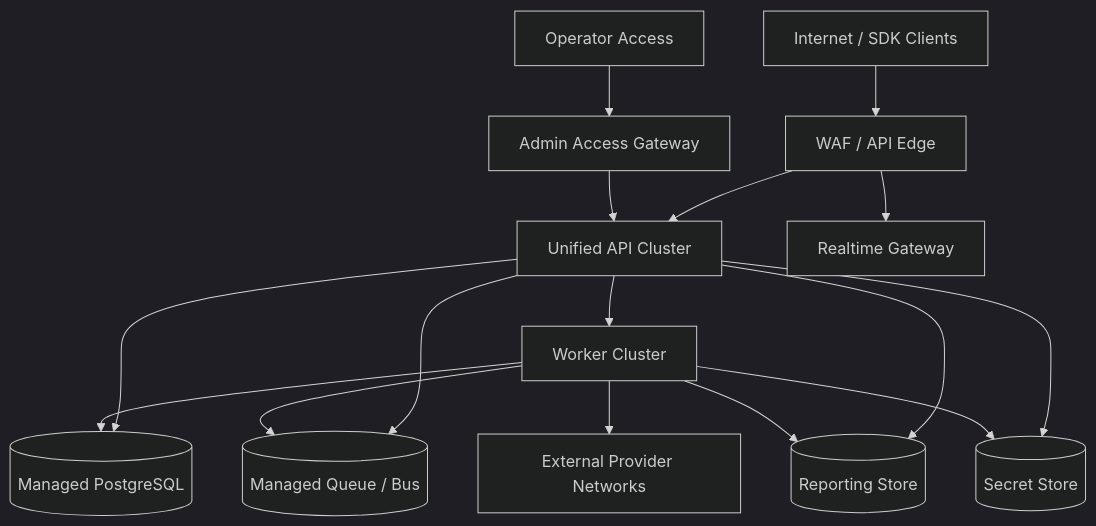
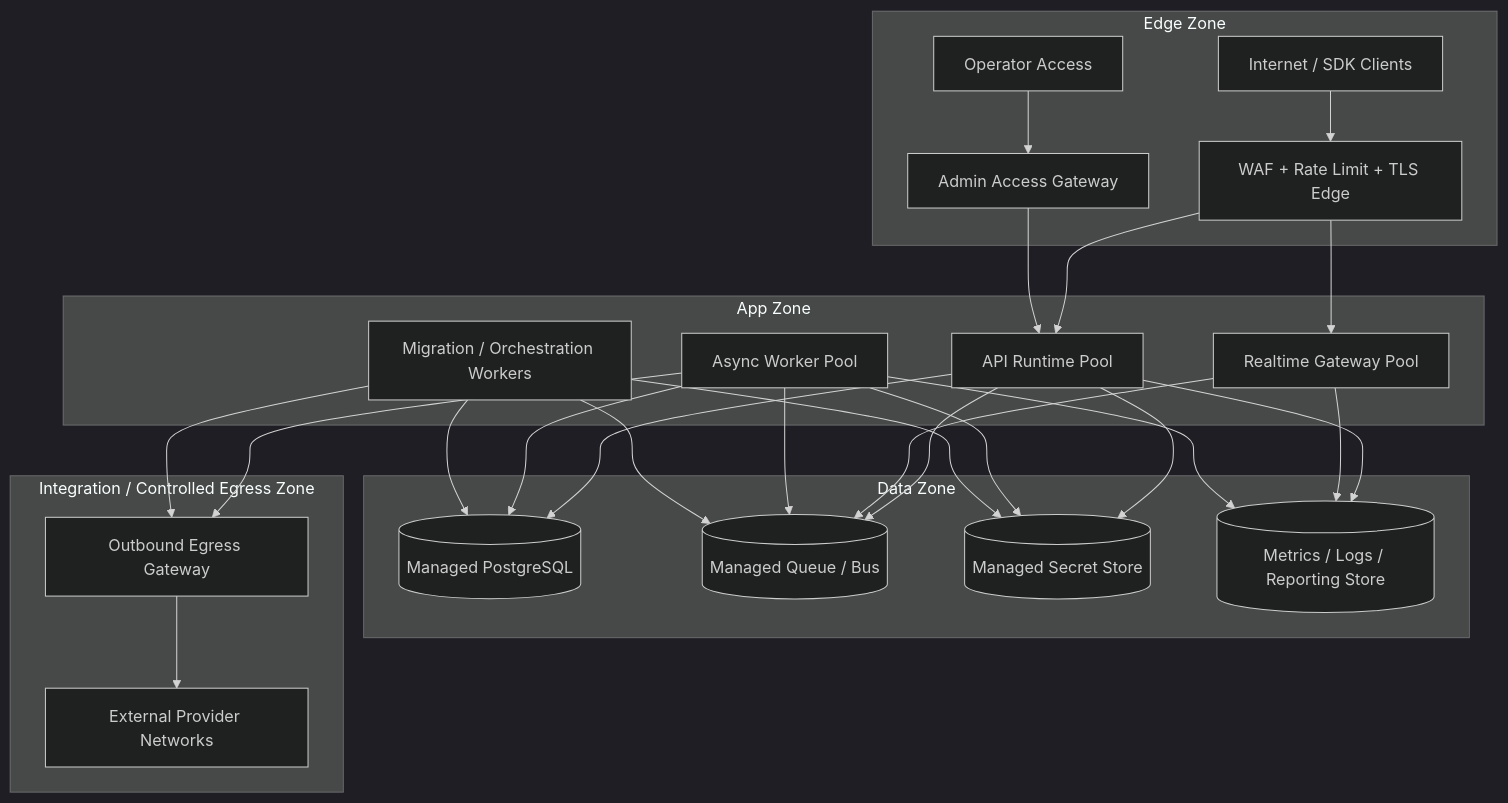
One commit to 0Ankit0/PostBase changed the diagram in docs/system-design/infrastructure/deployment-diagram.md. Above: the diagram before and after it, drawn with Mermaid (dark theme). The commit also changed other lines of this file and 4 other files, not shown here.

````diff
--- a/docs/system-design/infrastructure/deployment-diagram.md
+++ b/docs/system-design/infrastructure/deployment-diagram.md
@@ -3,18 +3,46 @@
 ```mermaid
 flowchart TB
-    internet[Internet / SDK Clients] --> edge[WAF / API Edge]
-    ops[Operator Access] --> adminAccess[Admin Access Gateway]
-    edge --> api[Unified API Cluster]
-    edge --> ws[Realtime Gateway]
+    subgraph edgeZone[Edge Zone]
+        internet[Internet / SDK Clients] --> edge[WAF + Rate Limit + TLS Edge]
+        ops[Operator Access] --> adminAccess[Admin Access Gateway]
+    end
+
+    subgraph appZone[App Zone]
+        api[API Runtime Pool]
+        ws[Realtime Gateway Pool]
+        workers[Async Worker Pool]
+        migration[Migration / Orchestration Workers]
+    end
+
+    subgraph dataZone[Data Zone]
+        db[(Managed PostgreSQL)]
+        queue[(Managed Queue / Bus)]
+        vault[(Managed Secret Store)]
+        report[(Metrics / Logs / Reporting Store)]
+    end
+
+    subgraph integrationZone[Integration / Controlled Egress Zone]
+        egress[Outbound Egress Gateway]
+        providers[External Provider Networks]
+    end
+
+    edge --> api
+    edge --> ws
     adminAccess --> api
-    api --> workers[Worker Cluster]
-    api --> db[(Managed PostgreSQL)]
-    api --> queue[(Managed Queue / Bus)]
-    api --> report[(Reporting Store)]
-    api --> vault[(Secret Store)]
+    api --> queue
+    api --> db
+    api --> vault
+    api --> report
+    ws --> queue
+    ws --> report
+    workers --> queue
     workers --> db
-    workers --> queue
+    workers --> vault
     workers --> report
-    workers --> vault
-    workers --> providers[External Provider Networks]
+    migration --> queue
+    migration --> db
+    migration --> vault
+    workers --> egress
+    migration --> egress
+    egress --> providers
 ```
````
